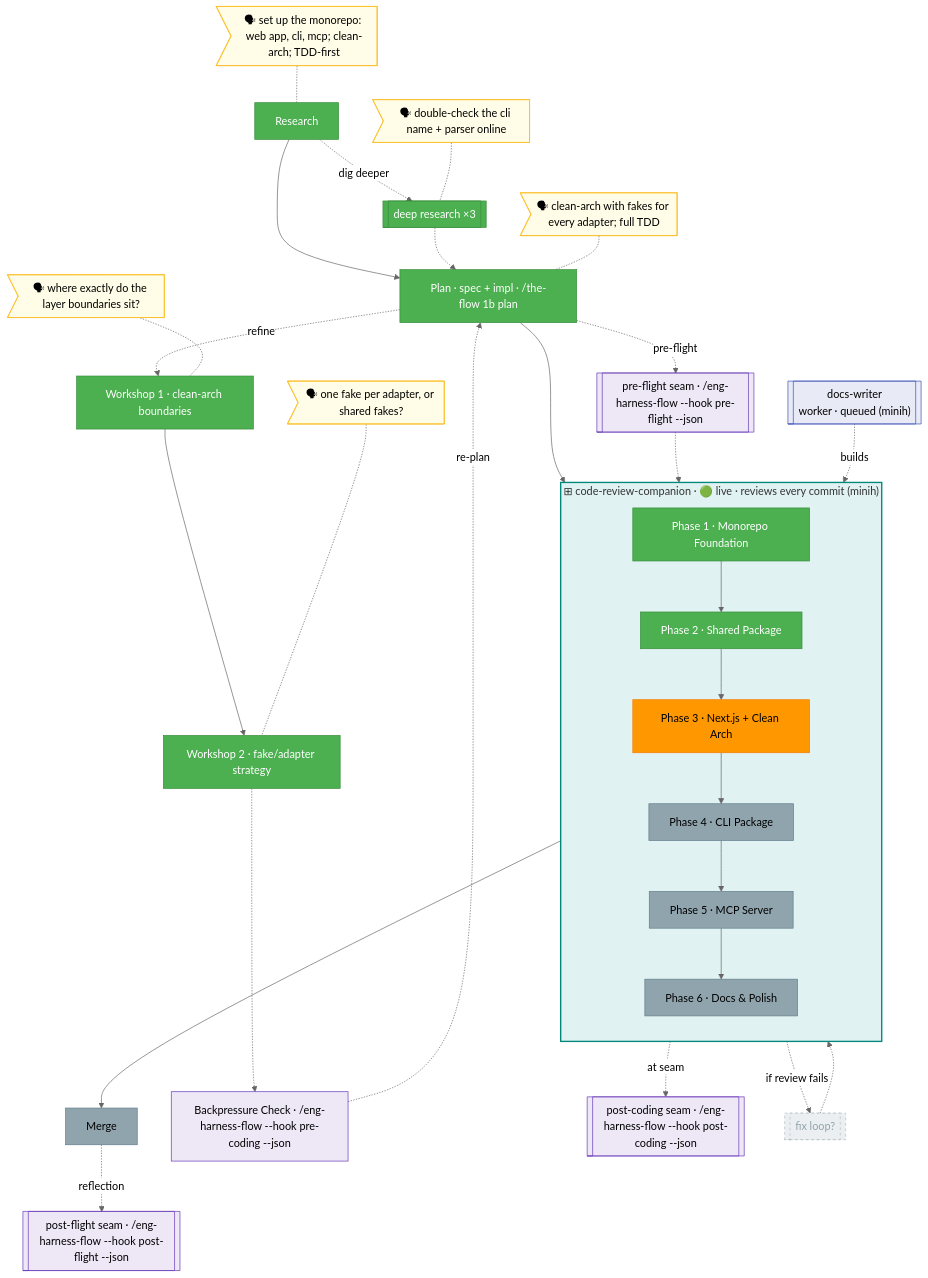
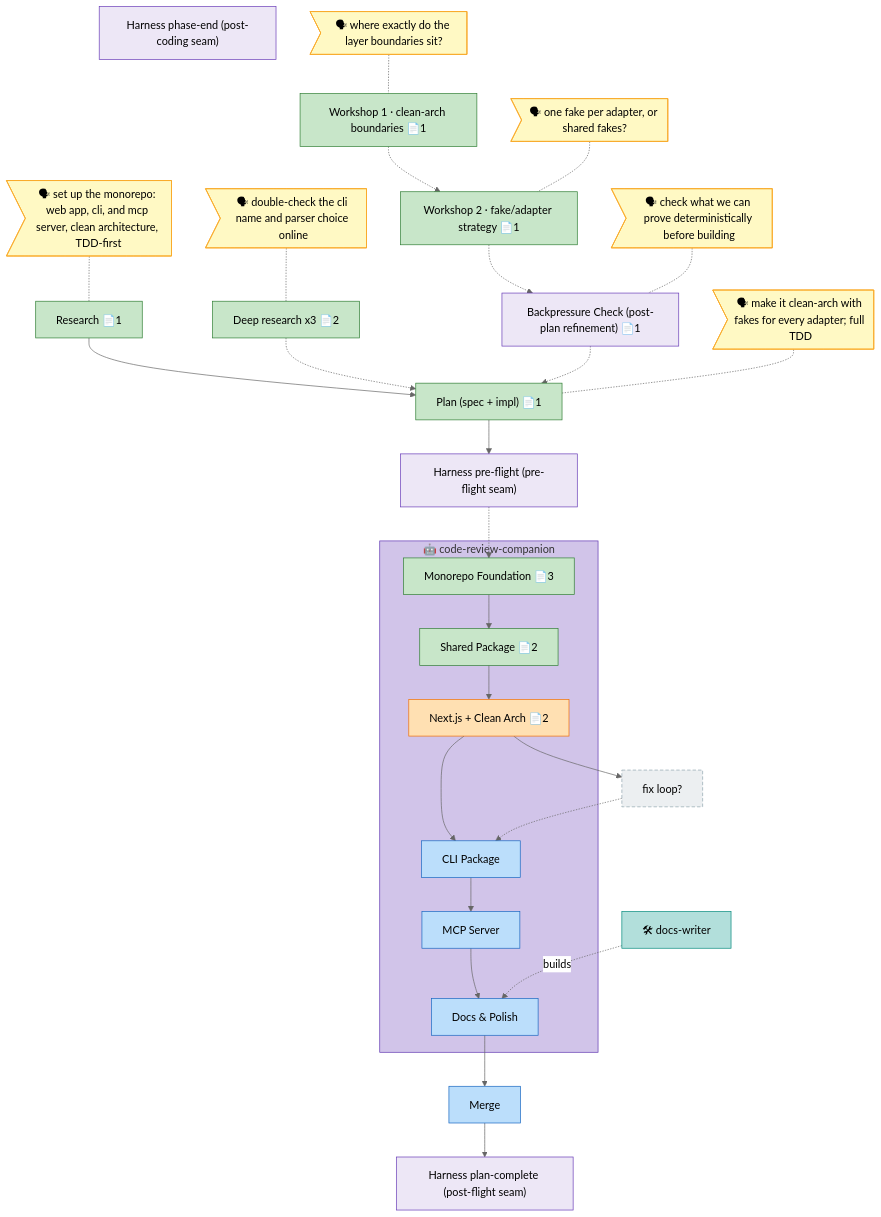
One commit to jakkaj/tools changed the diagram in skills/SDD/the-flow/references/flight-plan.template.md. Above: the diagram before and after it, drawn with Mermaid (neutral theme). The commit also changed other lines of this file and 6 other files, not shown here.

First line of the commit message:
feat(the-flow): migrate skill to harness flow nav/rail/zone (cursor->nav clean break)

````diff
--- a/skills/SDD/the-flow/references/flight-plan.template.md
+++ b/skills/SDD/the-flow/references/flight-plan.template.md
@@ -10,60 +8,75 @@
 ```mermaid
 flowchart TD
-    classDef done    fill:#4CAF50,stroke:#388E3C,color:#fff
-    classDef wip     fill:#FF9800,stroke:#F57C00,color:#000
-    classDef blocked fill:#F44336,stroke:#D32F2F,color:#fff
-    classDef known   fill:#90A4AE,stroke:#607D8B,color:#000
-    classDef assumed fill:#ECEFF1,stroke:#B0BEC5,color:#90A4AE,stroke-dasharray:4 4
-    classDef said    fill:#FFFDE7,stroke:#FBC02D,color:#000
-    classDef companion fill:#E0F2F1,stroke:#00897B,color:#000
-    classDef worker  fill:#E8EAF6,stroke:#3F51B5,color:#000
-    classDef harness fill:#EDE7F6,stroke:#673AB7,color:#000
+    research["Research 📄1"]:::done
+    plan["Plan (spec + impl) 📄1"]:::done
+    p1["Monorepo Foundation 📄3"]:::done
+    p2["Shared Package 📄2"]:::done
+    p3["Next.js + Clean Arch 📄2"]:::wip
+    p4["CLI Package"]:::known
+    p5["MCP Server"]:::known
+    p6["Docs & Polish"]:::known
+    merge["Merge"]:::known
 
-    %% ── spine (vertical); the unified Plan node writes spec + impl in one pass; companion WRAPS the build phases ──
-    R[Research]:::done --> PL["Plan · spec + impl · /the-flow 1b plan"]:::done
+    research --> plan
+    plan --> hb
+    p1 --> p2
+    p2 --> p3
+    p3 --> fx3
+    p3 --> p4
+    p4 --> p5
+    p5 --> p6
+    p6 --> merge
+    merge --> hh
 
-    subgraph CRC["⊞ code-review-companion · 🟢 live · reviews every commit (minih)"]
-        direction TB
-        P1[Phase 1 · Monorepo Foundation]:::done --> P2[Phase 2 · Shared Package]:::done
-        P2 --> P3[Phase 3 · Next.js + Clean Arch]:::wip --> P4[Phase 4 · CLI Package]:::known
-        P4 --> P5[Phase 5 · MCP Server]:::known --> P6[Phase 6 · Docs & Polish]:::known
+    dr["Deep research x3 📄2"]:::done
+    ws1["Workshop 1 · clean-arch boundaries 📄1"]:::done
+    ws2["Workshop 2 · fake/adapter strategy 📄1"]:::done
+    bp["Backpressure Check (post-plan refinement) 📄1"]:::harness
+    hb["Harness pre-flight (pre-flight seam)"]:::harness
+    fx3["fix loop?"]:::assumed
+    hr2["Harness phase-end (post-coding seam)"]:::harness
+    hh["Harness plan-complete (post-flight seam)"]:::harness
+    dr -.-> plan
+    ws1 -.-> ws2
+    ws2 -.-> bp
+    bp -.-> plan
+    hb -.-> p1
+    fx3 -.-> p4
+
+    say_research>"🗣 set up the monorepo: web app, cli, and mcp server, clean architecture, TDD-first"]:::said
+    say_research -.- research
+    say_dr>"🗣 double-check the cli name and parser choice online"]:::said
+    say_dr -.- dr
+    say_ws1>"🗣 where exactly do the layer boundaries sit?"]:::said
+    say_ws1 -.- ws1
+    say_ws2>"🗣 one fake per adapter, or shared fakes?"]:::said
+    say_ws2 -.- ws2
+    say_bp>"🗣 check what we can prove deterministically before building"]:::said
+    say_bp -.- bp
+    say_plan>"🗣 make it clean-arch with fakes for every adapter; full TDD"]:::said
+    say_plan -.- plan
+
+    subgraph cmp_code_review_companion["🤖 code-review-companion"]
+      p1
+      p2
+      p3
+      p4
+      p5
+      p6
     end
-    style CRC fill:#E0F2F1,stroke:#00897B,stroke-width:2px
+    style cmp_code_review_companion fill:#D1C4E9,stroke:#5E35B1
+    wrk_docs_writer["🛠 docs-writer"]:::worker
+    wrk_docs_writer -. builds .-> p6
 
-    PL --> P1
-    P6 --> M[Merge]:::known
-
-    %% ── excursions: deep-research + each workshop as its own node ──
-    R -.->|dig deeper| DR[["deep research ×3"]]:::done
-    DR -.-> PL
-    PL -.->|refine| W1[Workshop 1 · clean-arch boundaries]:::done
-    W1 --> W2[Workshop 2 · fake/adapter strategy]:::done
-    W2 -.-> BP["Backpressure Check · /eng-harness-flow --hook pre-coding --json"]:::harness
-    BP -.->|re-plan| PL
-
-    %% ── harness seam nodes (first-class; shown because the router IS installed — omit all when the Layer-1 probe misses) ──
-    PL -.->|pre-flight| HB[["pre-flight seam · /eng-harness-flow --hook pre-flight --json"]]:::harness
-    HB -.-> P1
-    P2 -.->|at seam| HR[["post-coding seam · /eng-harness-flow --hook post-coding --json"]]:::harness
-    M -.->|reflection| HH[["post-flight seam · /eng-harness-flow --hook post-flight --json"]]:::harness
-
-    %% ── assumed conditional ──
-    P3 -.->|if review fails| FX[["fix loop?"]]:::assumed
-    FX -.-> P4
-
-    %% ── verbatim user-said bubbles (no detail hidden) ──
-    UR>"🗣 set up the monorepo: web app, cli, mcp; clean-arch; TDD-first"]:::said
-    UR -.- R
-    UDR>"🗣 double-check the cli name + parser online"]:::said
-    UDR -.- DR
-    US>"🗣 clean-arch with fakes for every adapter; full TDD"]:::said
-    US -.- PL
-    U1>"🗣 where exactly do the layer boundaries sit?"]:::said
-    U1 -.- W1
-    U2>"🗣 one fake per adapter, or shared fakes?"]:::said
-    U2 -.- W2
-
-    %% ── parallel agents (minih): companion WRAPS the phases (subgraph above); workers build a phase ──
-    DOCW[["docs-writer<br/>worker · queued (minih)"]]:::worker
-    DOCW -. builds .-> P6
+    classDef done fill:#C8E6C9,stroke:#2E7D32;
+    classDef wip fill:#FFE0B2,stroke:#EF6C00;
+    classDef blocked fill:#FFCDD2,stroke:#C62828;
+    classDef known fill:#BBDEFB,stroke:#1565C0;
+    classDef assumed fill:#ECEFF1,stroke:#90A4AE,stroke-dasharray:5 3;
+    classDef said fill:#FFF9C4,stroke:#F9A825;
+    classDef harness fill:#EDE7F6,stroke:#673AB7;
+    classDef decision fill:#FFF3E0,stroke:#FB8C00,stroke-dasharray:2 2;
+    classDef companion fill:#D1C4E9,stroke:#5E35B1;
+    classDef worker fill:#B2DFDB,stroke:#00897B;
+    classDef unknown fill:#FAFAFA,stroke:#BDBDBD,stroke-dasharray:1 4;
 ```
````
